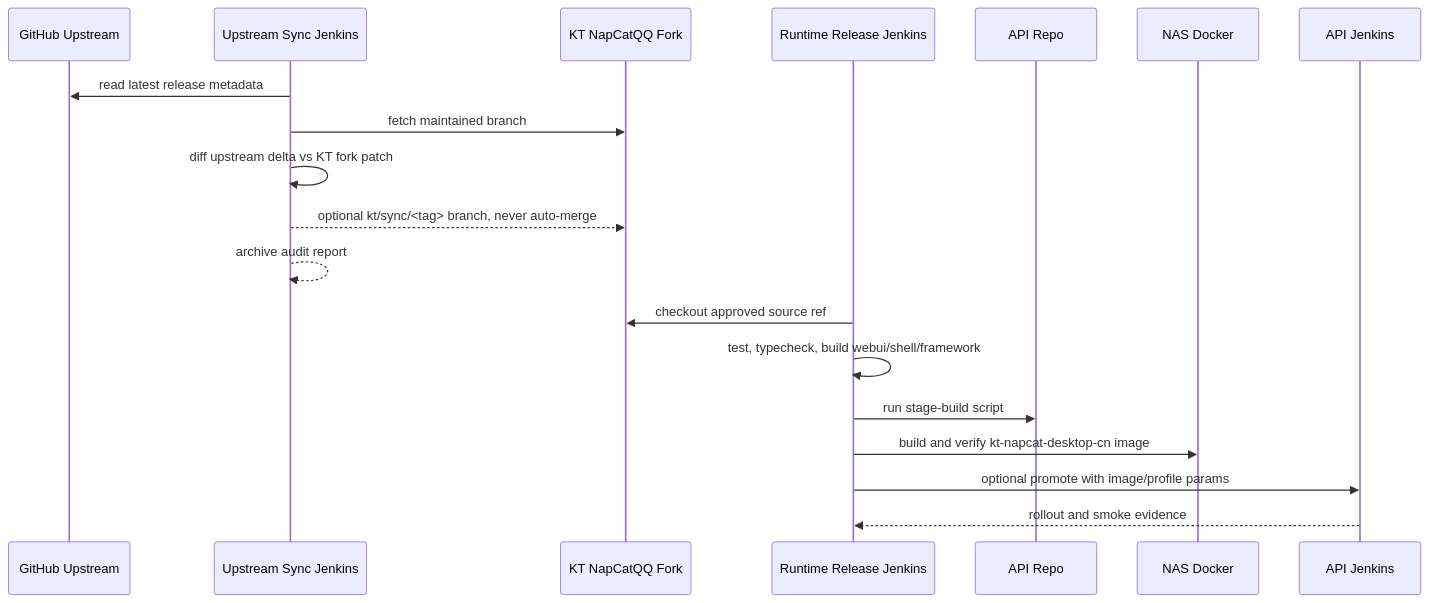
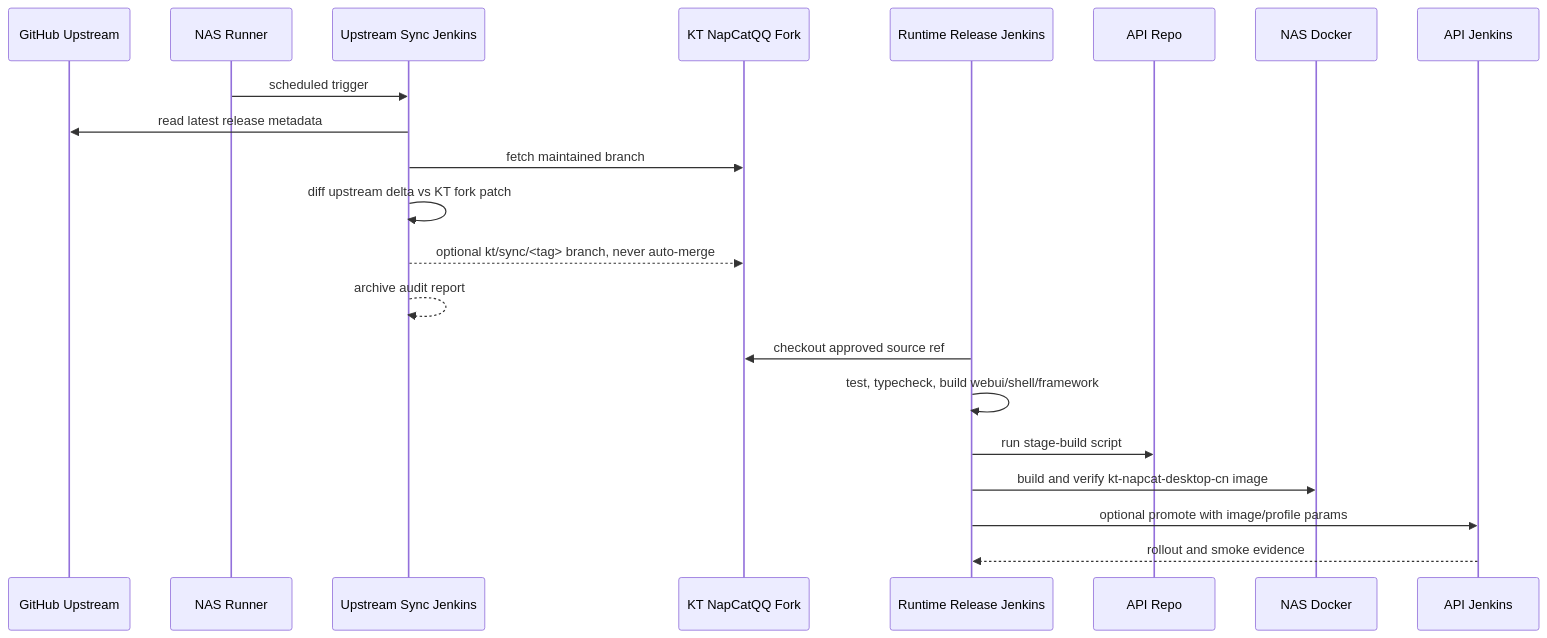
One commit to KwiTsukasa/kt-template-online-api changed the second of 2 diagrams in docs/superpowers/specs/2026-06-24-napcatqq-upstream-sync-runtime-release-pipeline-design.md. Above: the diagram before and after it, drawn with Mermaid. The commit also changed other lines of this file and 1 other file, not shown here.

````diff
--- a/docs/superpowers/specs/2026-06-24-napcatqq-upstream-sync-runtime-release-pipeline-design.md
+++ b/docs/superpowers/specs/2026-06-24-napcatqq-upstream-sync-runtime-release-pipeline-design.md
@@ -345,22 +405,24 @@
 ```mermaid
 sequenceDiagram
   participant Upstream as GitHub Upstream
+  participant Nas as NAS Runner
   participant Sync as Upstream Sync Jenkins
   participant Fork as KT NapCatQQ Fork
   participant Release as Runtime Release Jenkins
   participant ApiRepo as API Repo
   participant Docker as NAS Docker
   participant ApiDeploy as API Jenkins
 
+  Nas->>Sync: scheduled trigger
   Sync->>Upstream: read latest release metadata
   Sync->>Fork: fetch maintained branch
   Sync->>Sync: diff upstream delta vs KT fork patch
   Sync-->>Fork: optional kt/sync/<tag> branch, never auto-merge
   Sync-->>Sync: archive audit report
   Release->>Fork: checkout approved source ref
   Release->>Release: test, typecheck, build webui/shell/framework
   Release->>ApiRepo: run stage-build script
   Release->>Docker: build and verify kt-napcat-desktop-cn image
   Release->>ApiDeploy: optional promote with image/profile params
   ApiDeploy-->>Release: rollout and smoke evidence
 ```
````
